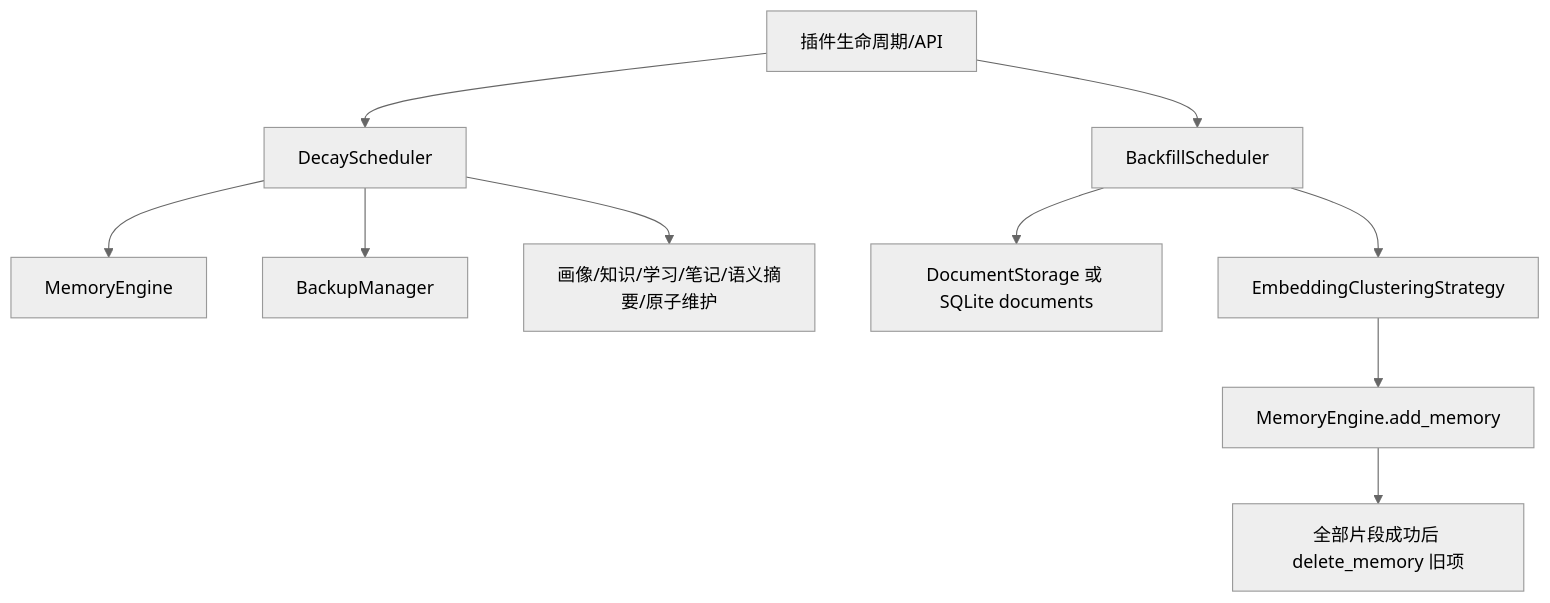
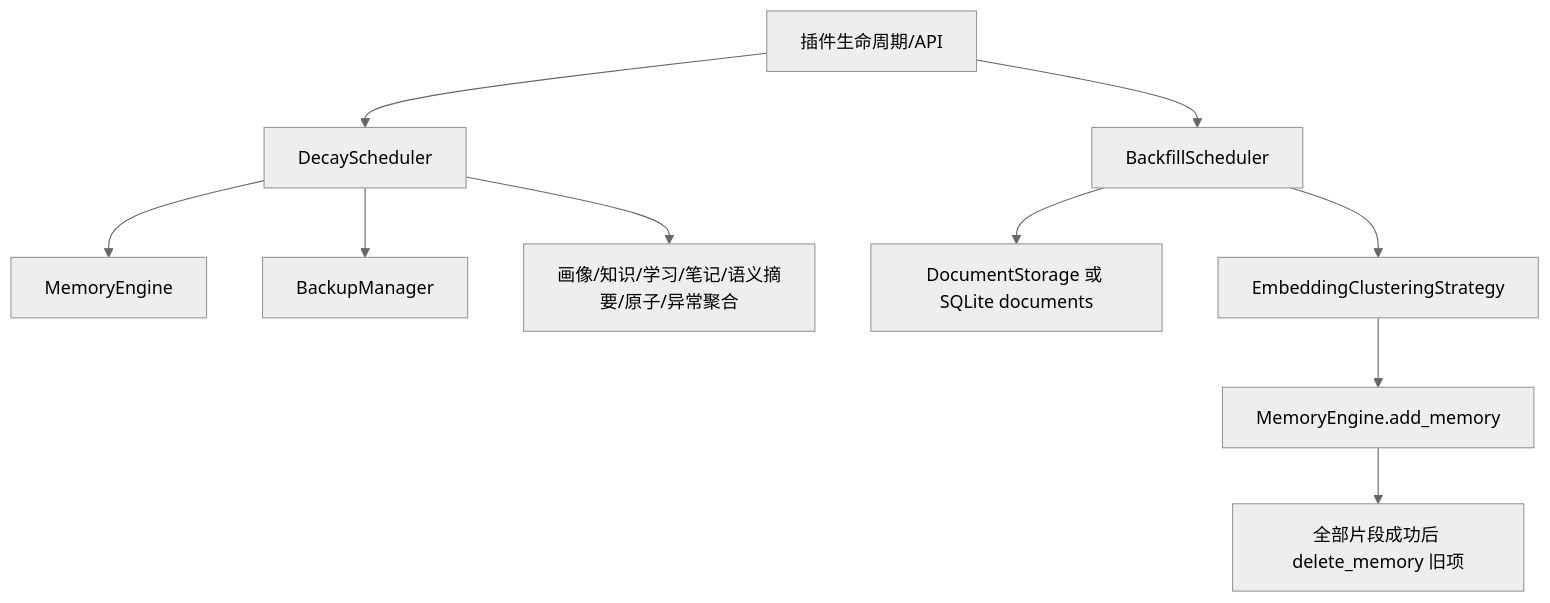
One commit to INSide-734/astrbot_plugin_memora changed the first of 2 diagrams in core/schedulers/AGENTS.md. Above: the diagram before and after it, drawn with Mermaid (neutral theme). The commit also changed other lines of this file and 16 other files, not shown here.

````diff
--- a/core/schedulers/AGENTS.md
+++ b/core/schedulers/AGENTS.md
@@ -12,12 +12,12 @@
 ```mermaid
 graph TD
     Start[插件生命周期/API] --> Decay[DecayScheduler]
     Start --> Backfill[BackfillScheduler]
     Decay --> Engine[MemoryEngine]
     Decay --> Backup[BackupManager]
-    Decay --> Optional[画像/知识/学习/笔记/语义摘要/原子维护]
+    Decay --> Optional[画像/知识/学习/笔记/语义摘要/原子/异常聚合]
     Backfill --> Fetch[DocumentStorage 或 SQLite documents]
     Backfill --> Split[EmbeddingClusteringStrategy]
     Split --> Add[MemoryEngine.add_memory]
     Add --> Delete[全部片段成功后 delete_memory 旧项]
 ```
````
